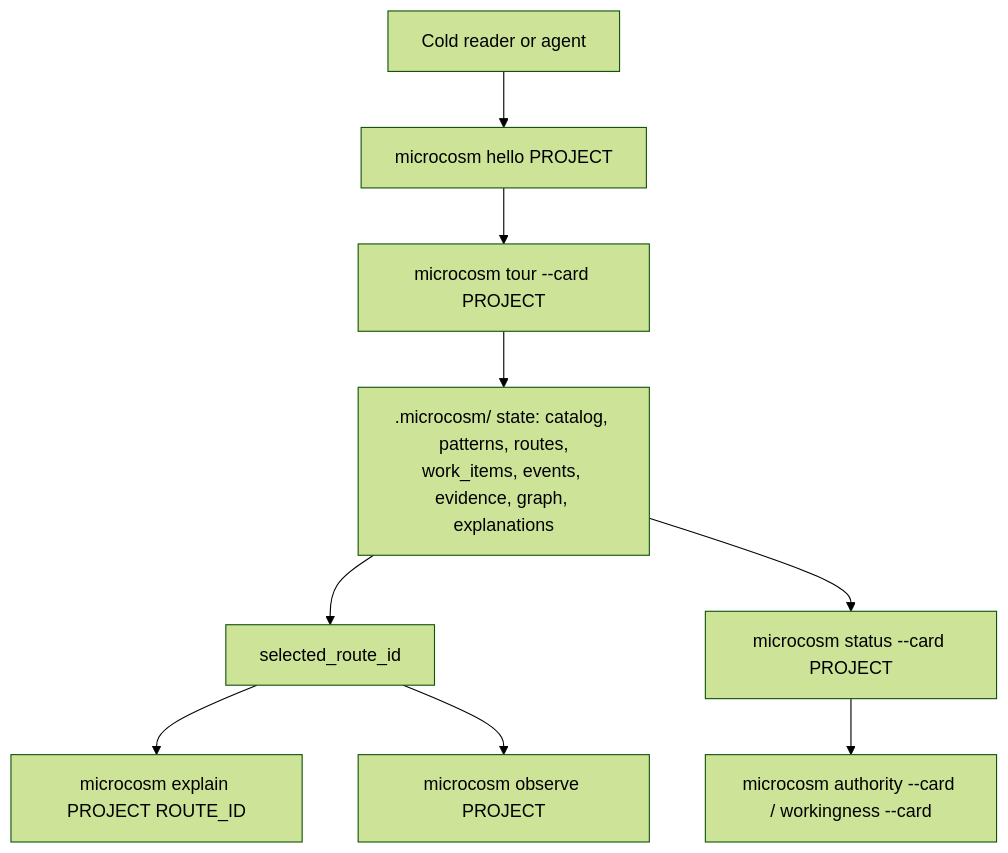
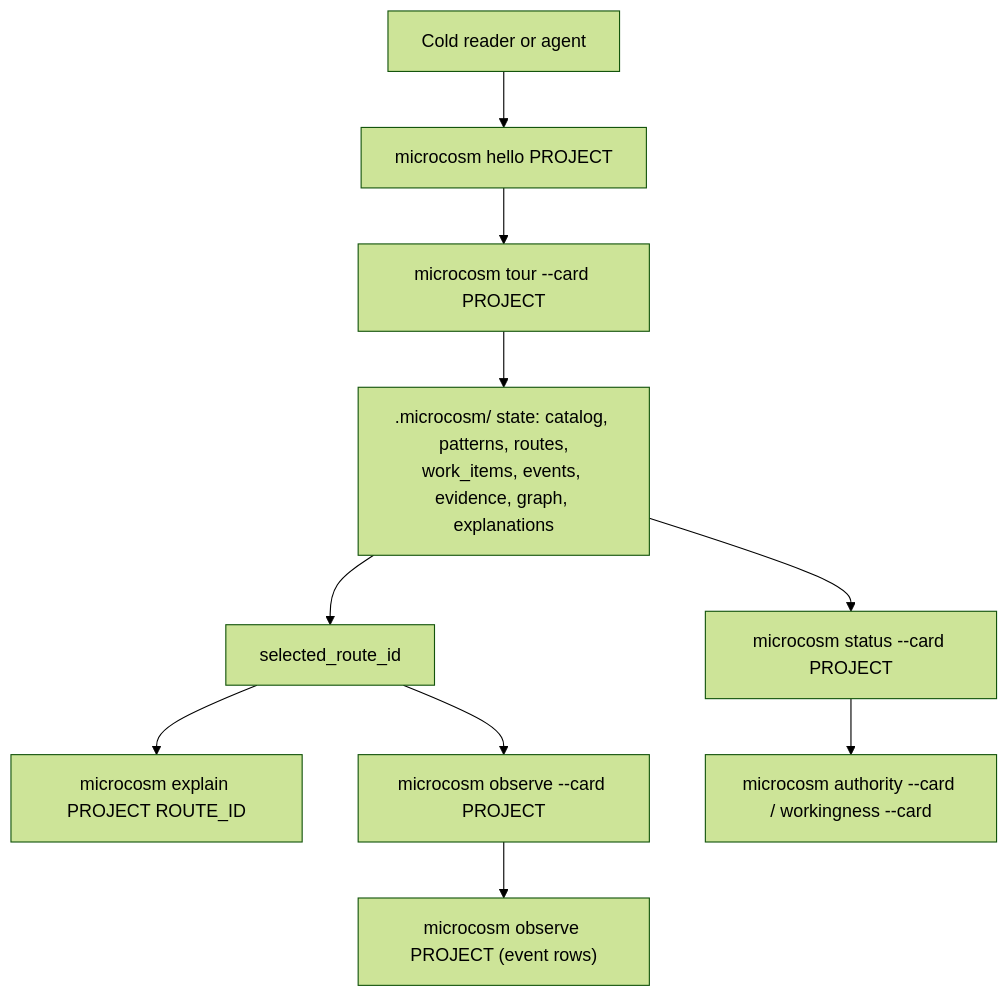
The first of 4 diagrams in ARCHITECTURE.md (wcook04/plectis), drawn with Mermaid (forest theme) before and after one commit. The commit also changed other lines of this file and 133 other files, not shown here.

````diff
--- a/ARCHITECTURE.md
+++ b/ARCHITECTURE.md
@@ -21,11 +21,12 @@
 ```mermaid
 flowchart TD
   A[Cold reader or agent] --> B["microcosm hello PROJECT"]
   B --> C["microcosm tour --card PROJECT"]
   C --> D[".microcosm/ state: catalog, patterns, routes,<br/>work_items, events, evidence, graph, explanations"]
   D --> E["selected_route_id"]
   E --> F["microcosm explain PROJECT ROUTE_ID"]
-  E --> G["microcosm observe PROJECT"]
+  E --> G["microcosm observe --card PROJECT"]
+  G --> G2["microcosm observe PROJECT (event rows)"]
   D --> H["microcosm status --card PROJECT"]
   H --> I["microcosm authority --card / workingness --card"]
 ```
````
